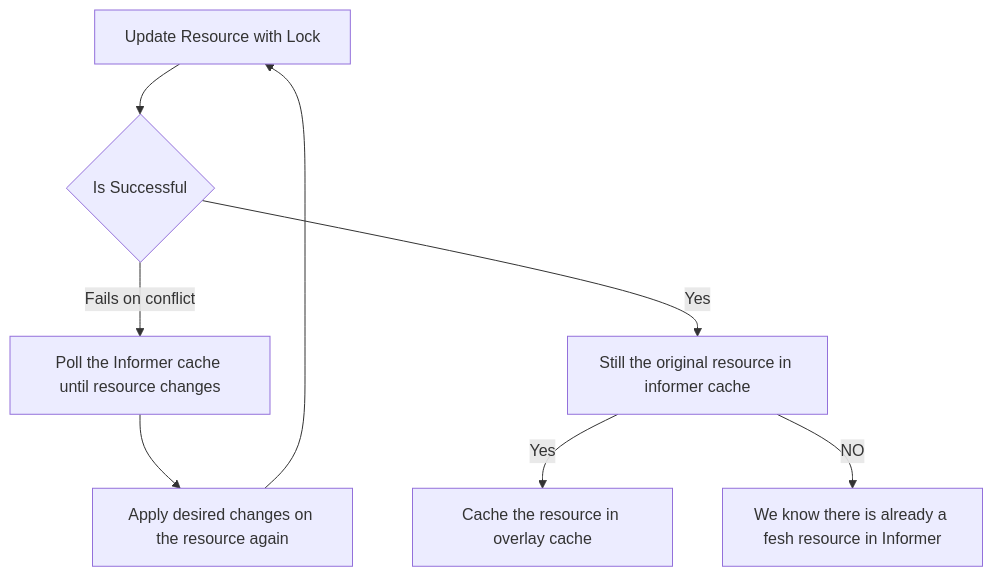
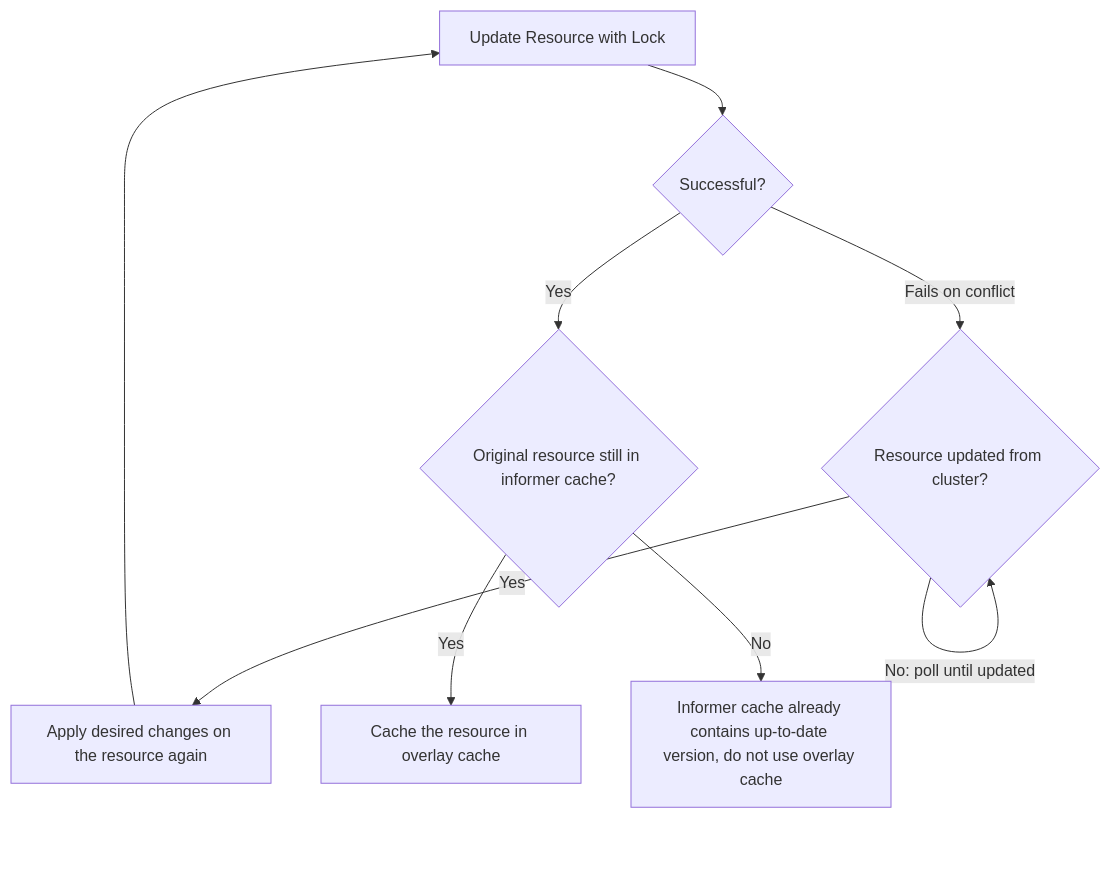
One commit to operator-framework/java-operator-sdk changed the diagram in docs/content/en/blog/news/primary-cache-for-next-recon.md. Above: the diagram before and after it, drawn with Mermaid. The commit also changed other lines of this file, not shown here.

````diff
--- a/docs/content/en/blog/news/primary-cache-for-next-recon.md
+++ b/docs/content/en/blog/news/primary-cache-for-next-recon.md
@@ -75,11 +86,12 @@
 ```mermaid
 flowchart TD
-    A["Update Resource with Lock"] --> B{"Is Successful"}
-    B -- Fails on conflict --> D["Poll the Informer cache until resource changes"]
-    D --> n4["Apply desired changes on the resource again"]
-    B -- Yes --> n2["Still the original resource in informer cache"]
+    A["Update Resource with Lock"] --> B{"Successful?"}
+    B -- Fails on conflict --> D{"Resource updated from cluster?"}
+    D -- " No: poll until updated " --> D
+    D -- Yes --> n4["Apply desired changes on the resource again"]
+    B -- Yes --> n2{"Original resource still in informer cache?"}
     n2 -- Yes --> C["Cache the resource in overlay cache"]
-    n2 -- NO --> n3["We know there is already a fesh resource in Informer"]
+    n2 -- No --> n3["Informer cache already contains up-to-date version, do not use overlay cache"]
     n4 --> A
 
 ```
````
